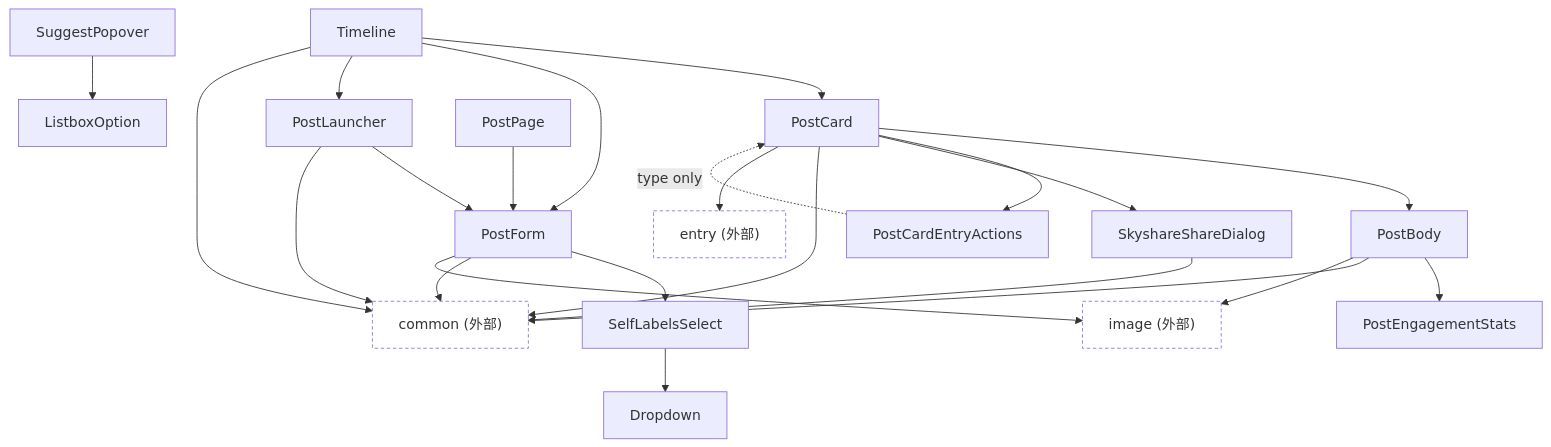
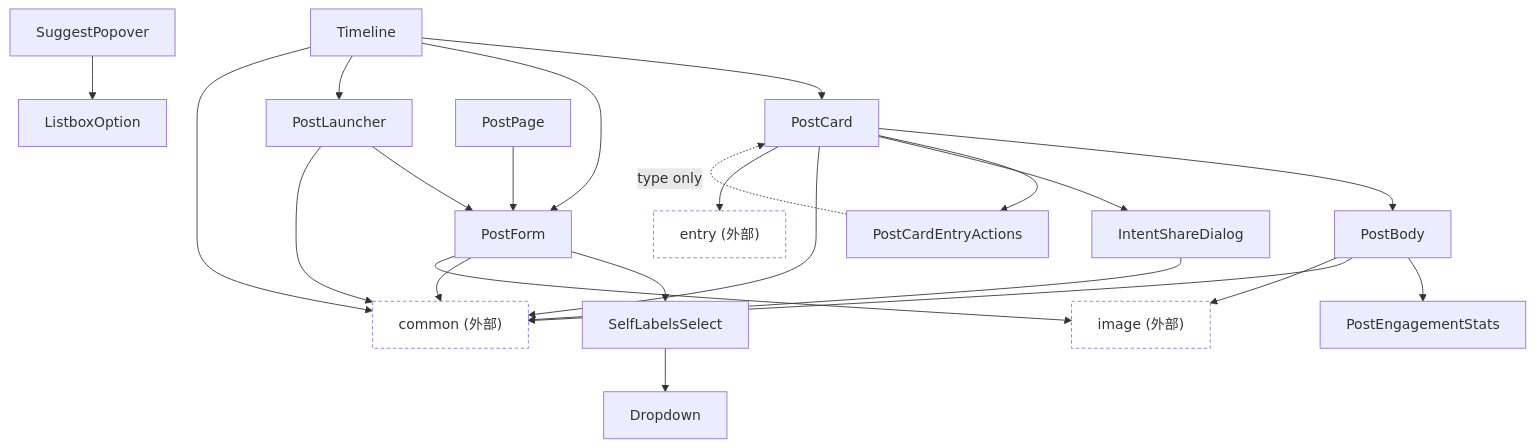
One commit to nekono-dev/skyshare changed the diagram in src/components/post/README.md. Above: the diagram before and after it, drawn with Mermaid. The commit also changed other lines of this file and 79 other files, not shown here.

````diff
--- a/src/components/post/README.md
+++ b/src/components/post/README.md
@@ -5,33 +5,33 @@
 ```mermaid
 graph TD
   Timeline --> PostCard
   Timeline --> PostForm
   Timeline --> PostLauncher
   PostLauncher --> PostForm
   PostCard --> PostBody
   PostBody --> PostEngagementStats
   PostCard --> PostCardEntryActions
-  PostCard --> SkyshareShareDialog
+  PostCard --> IntentShareDialog
   PostCardEntryActions -. type only .-> PostCard
   PostForm --> SelfLabelsSelect
   SelfLabelsSelect --> Dropdown
   SuggestPopover --> ListboxOption
   PostPage --> PostForm
 
   Timeline --> commonExt
   PostLauncher --> commonExt
   PostCard --> commonExt
   PostForm --> commonExt
-  SkyshareShareDialog --> commonExt
+  IntentShareDialog --> commonExt
   PostForm --> imageExt
   PostCard --> entryExt
   PostBody --> commonExt
   PostBody --> imageExt
 
   commonExt["common (外部)"]
   imageExt["image (外部)"]
   entryExt["entry (外部)"]
 
   classDef external stroke-dasharray: 4 3,fill:transparent;
   class commonExt,imageExt,entryExt external;
 ```
````
